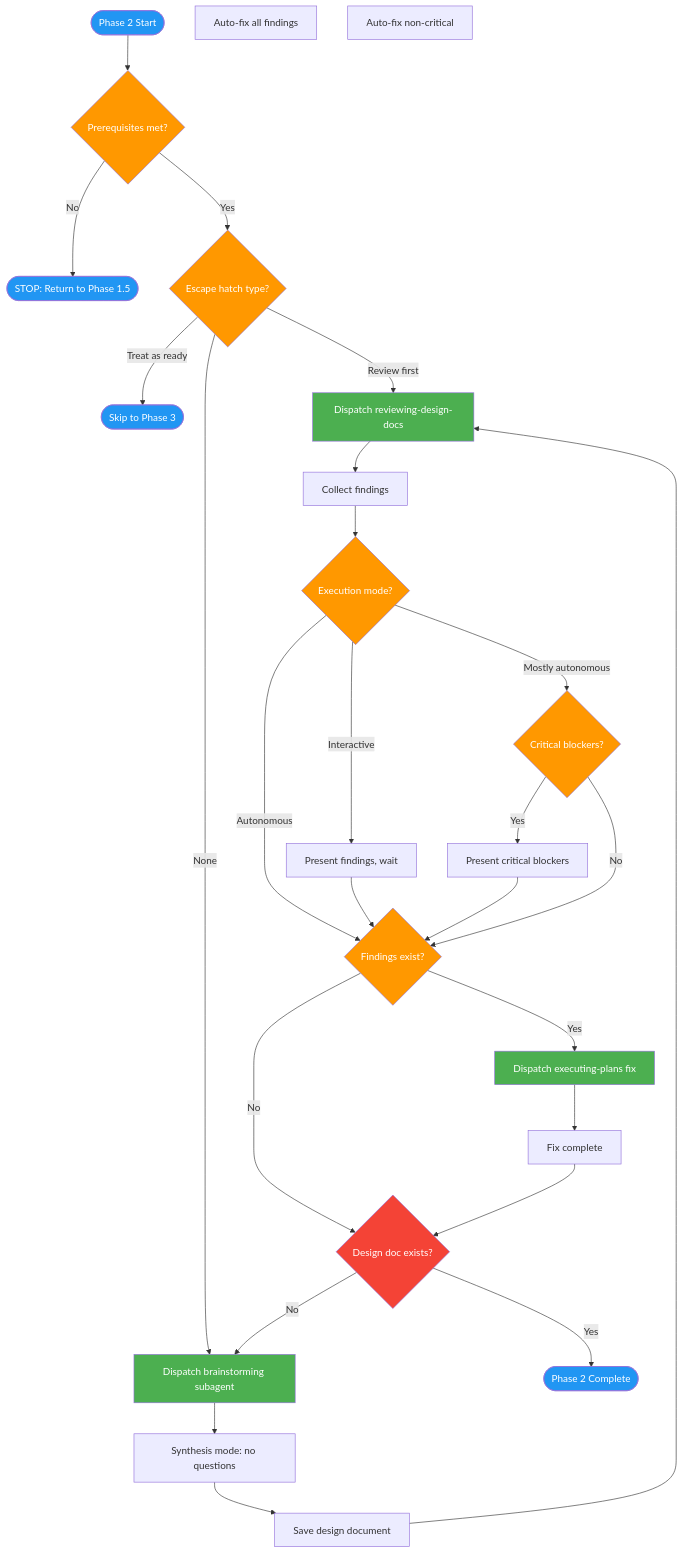
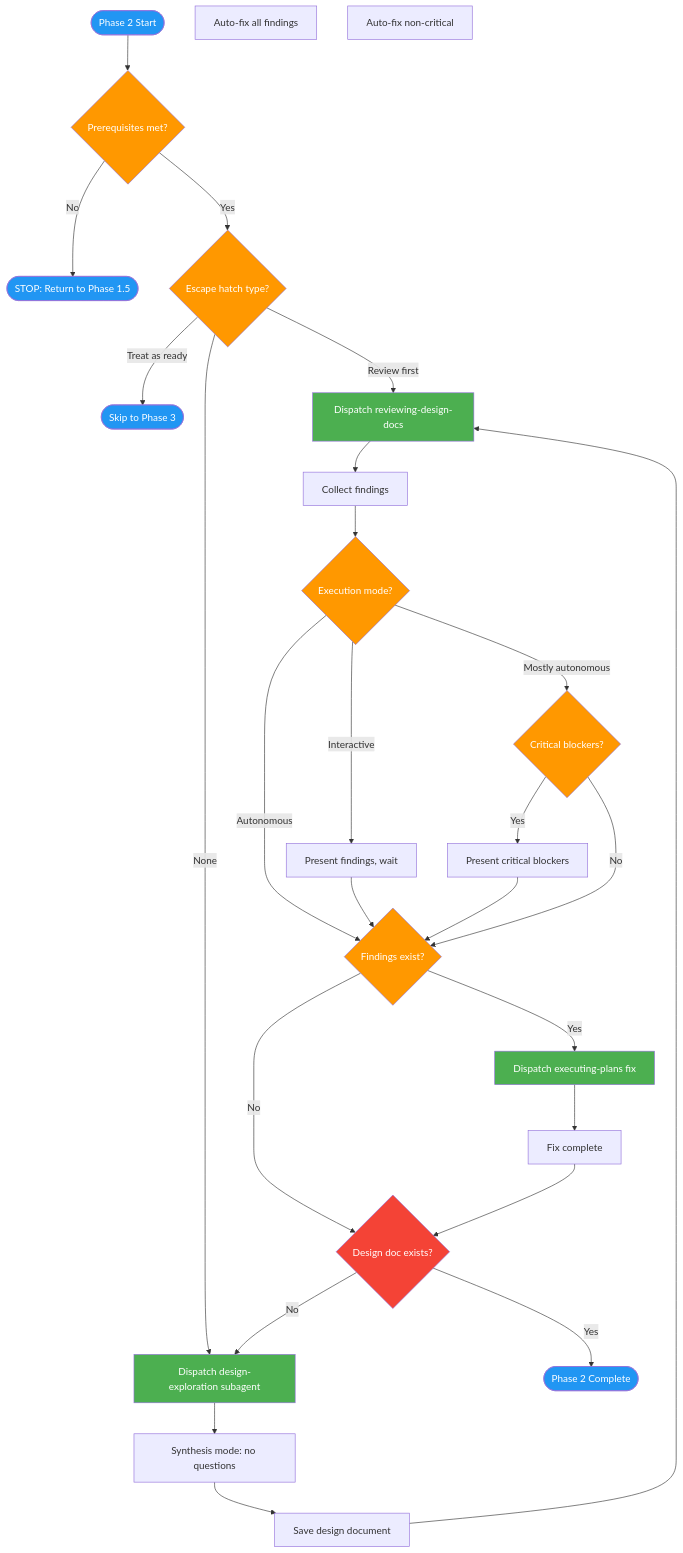
Before and after one commit to axiomantic/spellbook: the diagram in docs/commands/feature-design.md, drawn with Mermaid. The commit also changed other lines of this file and 48 other files, not shown here.

First line of the commit message:
Rename brainstorming skill to design-exploration

````diff
--- a/docs/commands/feature-design.md
+++ b/docs/commands/feature-design.md
@@ -7,76 +7,76 @@
 ```mermaid
 flowchart TD
     Start([Phase 2 Start])
     PrereqCheck{Prerequisites met?}
     PrereqFail([STOP: Return to Phase 1.5])
 
     EscapeCheck{Escape hatch type?}
     SkipAll([Skip to Phase 3])
 
-    CreateDesign[Dispatch brainstorming subagent]
+    CreateDesign[Dispatch design-exploration subagent]
     SynthMode[Synthesis mode: no questions]
     SaveDesign[Save design document]
 
     ReviewDesign[Dispatch reviewing-design-docs]
     ReviewFindings[Collect findings]
 
     ApprovalGate{Execution mode?}
     AutoFix[Auto-fix all findings]
     InteractiveWait[Present findings, wait]
     MostlyAutoCheck{Critical blockers?}
     PresentCritical[Present critical blockers]
     AutoFixNonCrit[Auto-fix non-critical]
 
     HasFindings{Findings exist?}
     DispatchFix[Dispatch executing-plans fix]
     FixComplete[Fix complete]
 
     VerifyDesign{Design doc exists?}
     Phase2Done([Phase 2 Complete])
 
     Start --> PrereqCheck
     PrereqCheck -->|No| PrereqFail
     PrereqCheck -->|Yes| EscapeCheck
 
     EscapeCheck -->|"Treat as ready"| SkipAll
     EscapeCheck -->|"Review first"| ReviewDesign
     EscapeCheck -->|None| CreateDesign
 
     CreateDesign --> SynthMode
     SynthMode --> SaveDesign
     SaveDesign --> ReviewDesign
 
     ReviewDesign --> ReviewFindings
     ReviewFindings --> ApprovalGate
 
     ApprovalGate -->|Autonomous| HasFindings
     ApprovalGate -->|Interactive| InteractiveWait
     ApprovalGate -->|Mostly autonomous| MostlyAutoCheck
 
     InteractiveWait --> HasFindings
     MostlyAutoCheck -->|Yes| PresentCritical
     PresentCritical --> HasFindings
     MostlyAutoCheck -->|No| HasFindings
 
     HasFindings -->|Yes| DispatchFix
     HasFindings -->|No| VerifyDesign
     DispatchFix --> FixComplete
     FixComplete --> VerifyDesign
 
     VerifyDesign -->|No| CreateDesign
     VerifyDesign -->|Yes| Phase2Done
 
     style Start fill:#2196F3,color:#fff
     style Phase2Done fill:#2196F3,color:#fff
     style PrereqFail fill:#2196F3,color:#fff
     style SkipAll fill:#2196F3,color:#fff
     style CreateDesign fill:#4CAF50,color:#fff
     style ReviewDesign fill:#4CAF50,color:#fff
     style DispatchFix fill:#4CAF50,color:#fff
     style PrereqCheck fill:#FF9800,color:#fff
     style EscapeCheck fill:#FF9800,color:#fff
     style ApprovalGate fill:#FF9800,color:#fff
     style MostlyAutoCheck fill:#FF9800,color:#fff
     style HasFindings fill:#FF9800,color:#fff
     style VerifyDesign fill:#f44336,color:#fff
 ```
````
